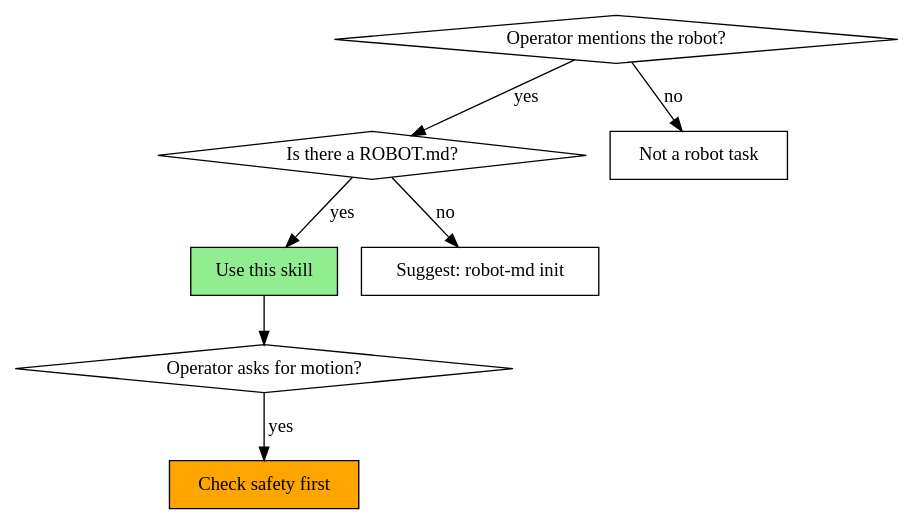
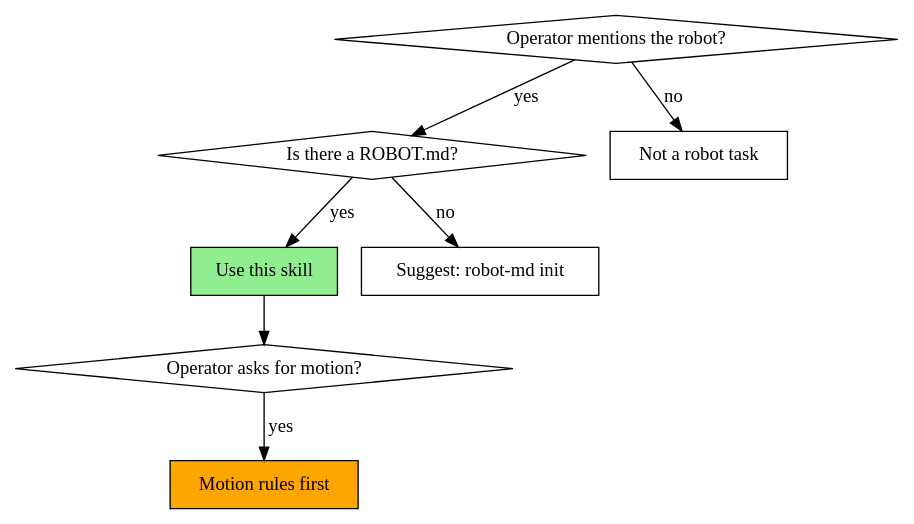
Before and after one commit to RobotRegistryFoundation/claude-code-plugins: the diagram in plugins/robot-md/skills/using-robot-md/SKILL.md, drawn with Graphviz. The commit also changed other lines of this file and 3 other files, not shown here.

````diff
--- a/plugins/robot-md/skills/using-robot-md/SKILL.md
+++ b/plugins/robot-md/skills/using-robot-md/SKILL.md
@@ -52,18 +81,18 @@
 ```dot
 digraph when_to_use {
     "Operator mentions the robot?" [shape=diamond];
     "Operator asks for motion?" [shape=diamond];
     "Is there a ROBOT.md?" [shape=diamond];
     "Use this skill" [shape=box style=filled fillcolor=lightgreen];
-    "Check safety first" [shape=box style=filled fillcolor=orange];
+    "Motion rules first" [shape=box style=filled fillcolor=orange];
     "Suggest: robot-md init" [shape=box];
     "Not a robot task" [shape=box];
 
     "Operator mentions the robot?" -> "Is there a ROBOT.md?" [label="yes"];
     "Operator mentions the robot?" -> "Not a robot task" [label="no"];
     "Is there a ROBOT.md?" -> "Use this skill" [label="yes"];
     "Is there a ROBOT.md?" -> "Suggest: robot-md init" [label="no"];
     "Use this skill" -> "Operator asks for motion?";
-    "Operator asks for motion?" -> "Check safety first" [label="yes"];
+    "Operator asks for motion?" -> "Motion rules first" [label="yes"];
 }
 ```
````
